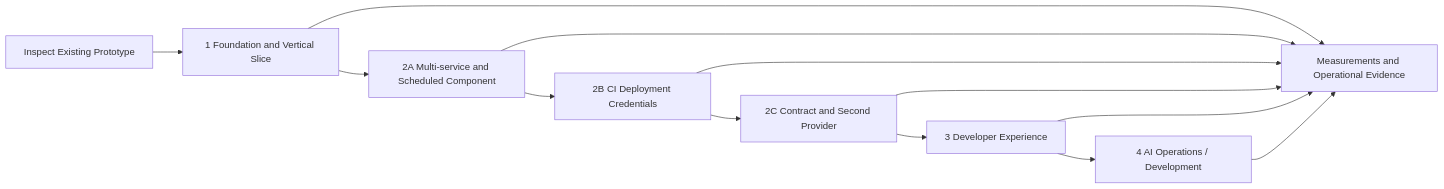
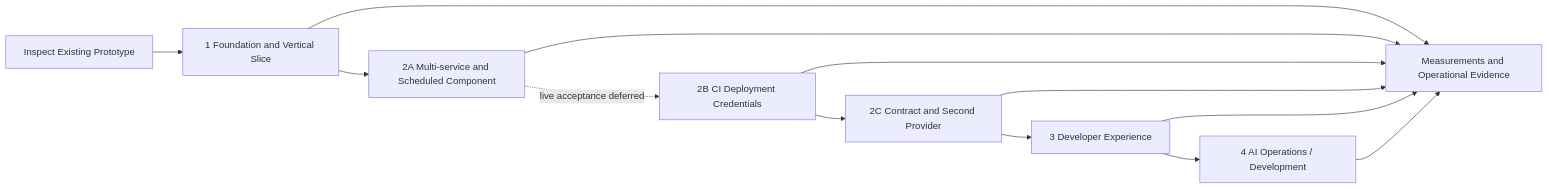
The diagram in docs/04-development/development-plan.md (eseidinger/developer-platform), drawn with Mermaid before and after one commit. The commit also changed other lines of this file and 38 other files, not shown here.

````diff
--- a/docs/04-development/development-plan.md
+++ b/docs/04-development/development-plan.md
@@ -29,15 +30,15 @@
 ```mermaid
 flowchart LR
     Baseline["Inspect Existing Prototype"] --> P1["1 Foundation and Vertical Slice"]
     P1 --> P2A["2A Multi-service and Scheduled Component"]
-    P2A --> P2B["2B CI Deployment Credentials"]
+    P2A -. "live acceptance deferred" .-> P2B["2B CI Deployment Credentials"]
     P2B --> P2C["2C Contract and Second Provider"]
     P2C --> P3["3 Developer Experience"]
     P3 --> P4["4 AI Operations / Development"]
     P1 --> Evidence["Measurements and Operational Evidence"]
     P2A --> Evidence
     P2B --> Evidence
     P2C --> Evidence
     P3 --> Evidence
     P4 --> Evidence
 ```
````
